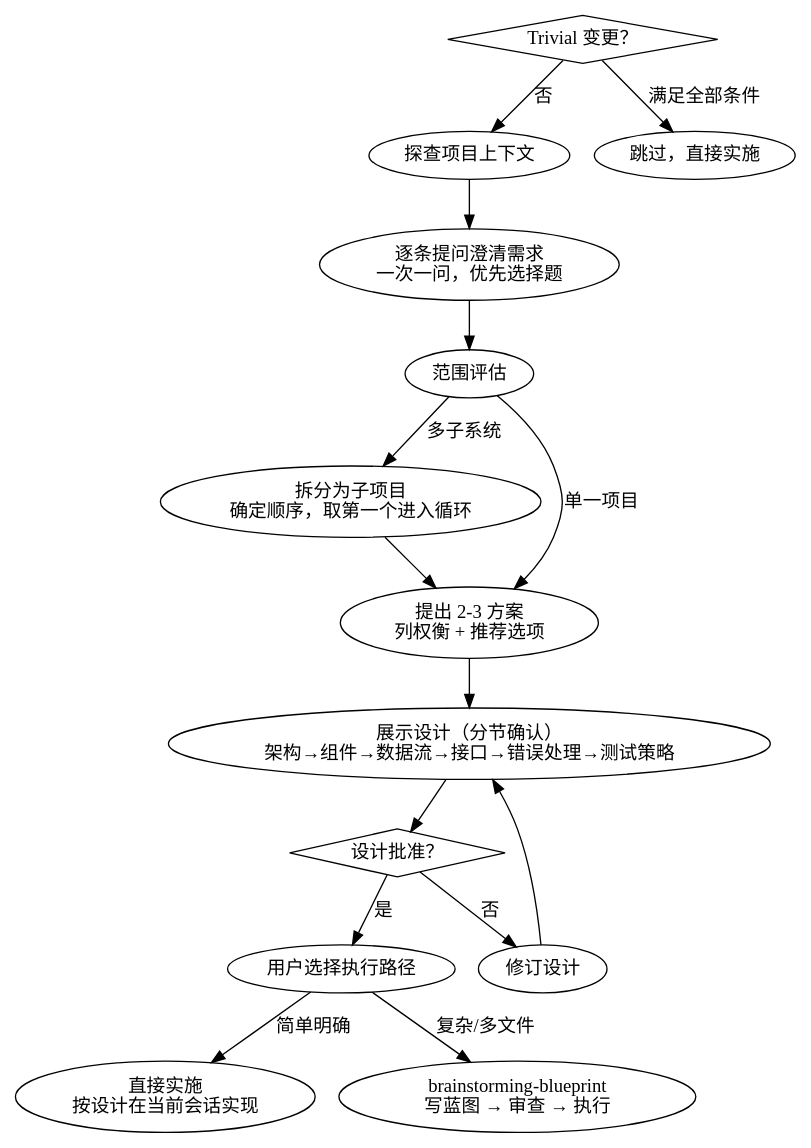
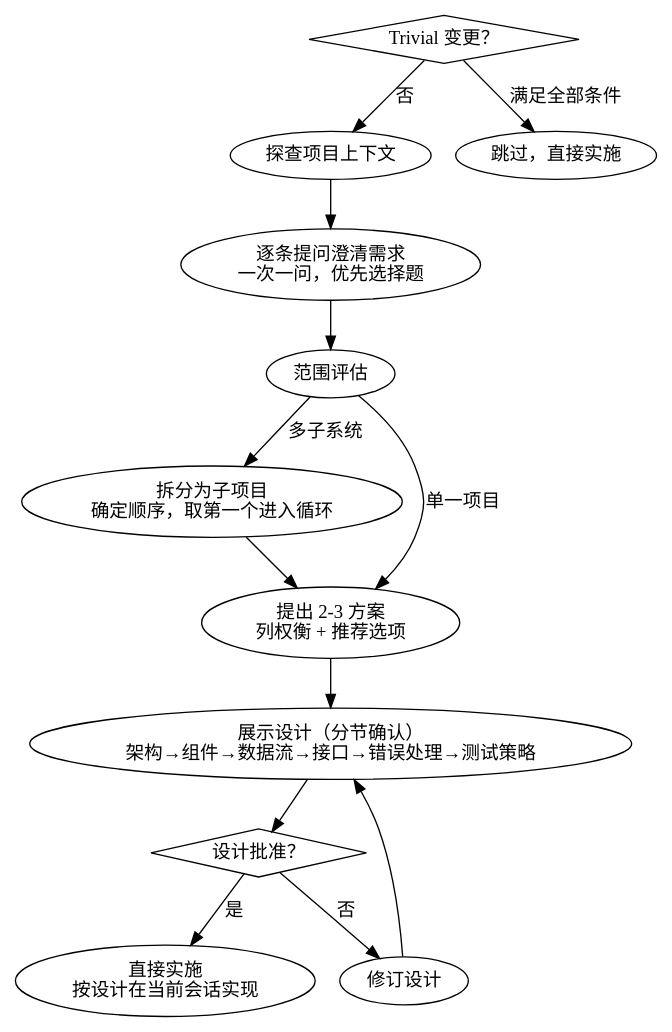
Before and after one commit to brightmeows/dotfiles: the diagram in dot_agents_meow/skills/brainstorming/SKILL.md, drawn with Graphviz. The commit also changed other lines of this file and 7 other files, not shown here.

First line of the commit message:
refactor: remove brainstorming-blueprint, exec-direct, and blueprint reviewer subagents

````diff
--- a/dot_agents_meow/skills/brainstorming/SKILL.md
+++ b/dot_agents_meow/skills/brainstorming/SKILL.md
@@ -35,33 +35,29 @@
 ```dot
 digraph brainstorming {
     trivial [shape=diamond, label="Trivial 变更？"];
     approve [shape=diamond, label="设计批准？"];
 
     ctx     [label="探查项目上下文"];
     qa      [label="逐条提问澄清需求\n一次一问，优先选择题"];
     scope   [label="范围评估"];
     split   [label="拆分为子项目\n确定顺序，取第一个进入循环"];
     approa  [label="提出 2-3 方案\n列权衡 + 推荐选项"];
     design  [label="展示设计（分节确认）\n架构→组件→数据流→接口→错误处理→测试策略"];
     revise  [label="修订设计"];
-    choice  [label="用户选择执行路径"];
     skip    [label="跳过，直接实施"];
-    direct  [label="直接实施\n按设计在当前会话实现"];
-    bp      [label="brainstorming-blueprint\n写蓝图 → 审查 → 执行"];
+    impl    [label="直接实施\n按设计在当前会话实现"];
 
     trivial -> skip  [label="满足全部条件"];
     trivial -> ctx   [label="否"];
     ctx -> qa;
     qa -> scope;
     scope -> approa [label="单一项目"];
     scope -> split  [label="多子系统"];
     split -> approa;
     approa -> design;
     design -> approve;
     approve -> revise [label="否"];
-    approve -> choice [label="是"];
+    approve -> impl [label="是"];
     revise -> design;
-    choice -> direct [label="简单明确"];
-    choice -> bp     [label="复杂/多文件"];
 }
 ```
````
